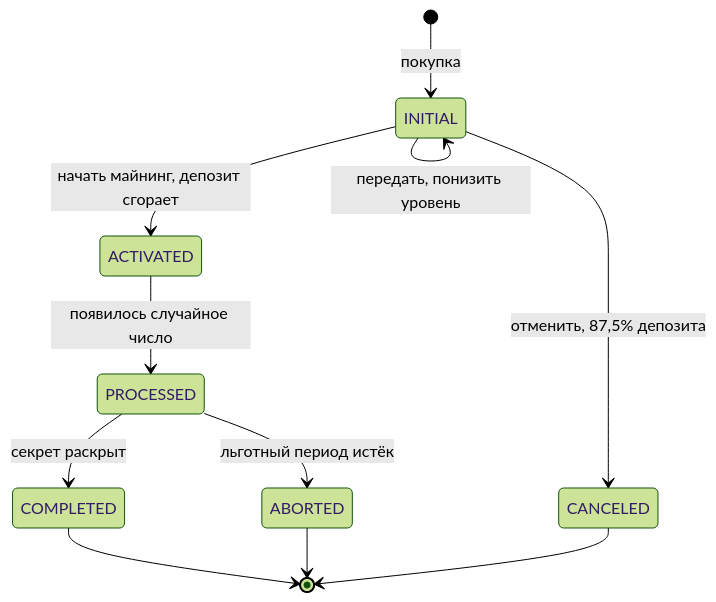
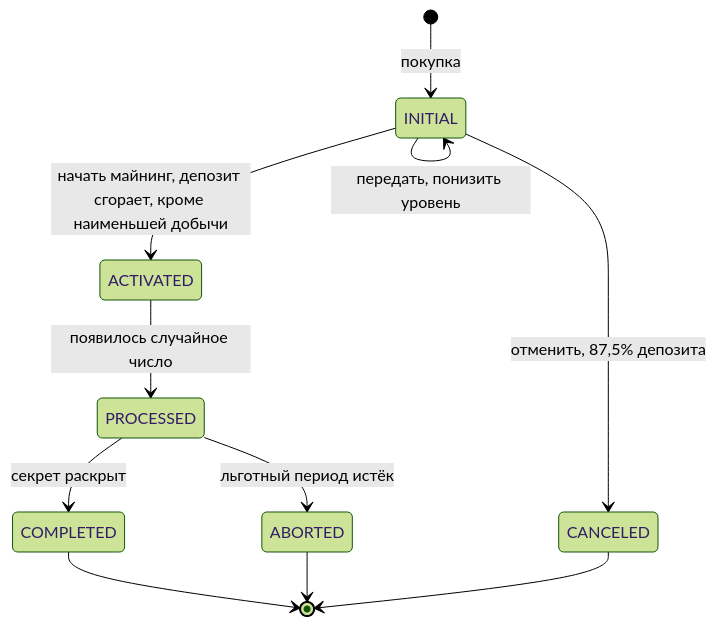
The second of 4 diagrams in ru/docs.md (prdx-admin/prdx-docs), drawn with Mermaid (forest theme) before and after one commit. The commit also changed other lines of this file and 1 other file, not shown here.

````diff
--- a/ru/docs.md
+++ b/ru/docs.md
@@ -302,13 +302,13 @@
 ```mermaid
 stateDiagram-v2
     [*] --> INITIAL: покупка
     INITIAL --> INITIAL: передать, понизить уровень
     INITIAL --> CANCELED: отменить, 87,5% депозита
-    INITIAL --> ACTIVATED: начать майнинг, депозит сгорает
+    INITIAL --> ACTIVATED: начать майнинг, депозит сгорает, кроме наименьшей добычи
     ACTIVATED --> PROCESSED: появилось случайное число
     PROCESSED --> COMPLETED: секрет раскрыт
     PROCESSED --> ABORTED: льготный период истёк
     COMPLETED --> [*]
     ABORTED --> [*]
     CANCELED --> [*]
 ```
````
